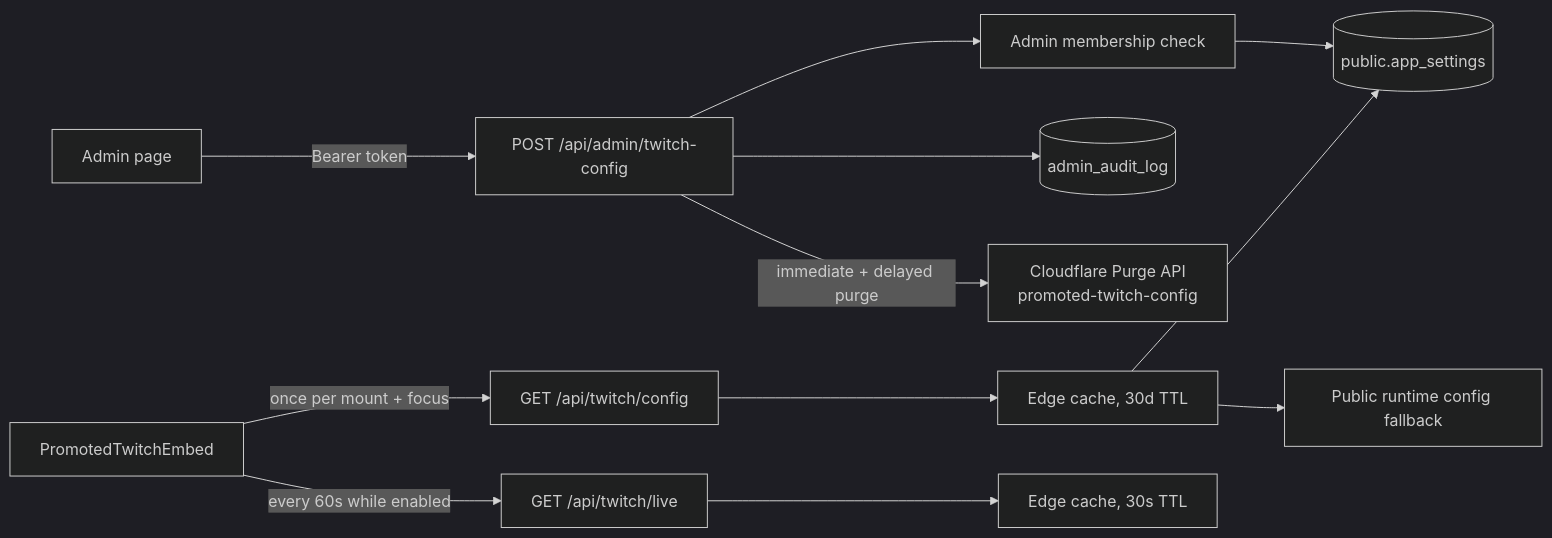
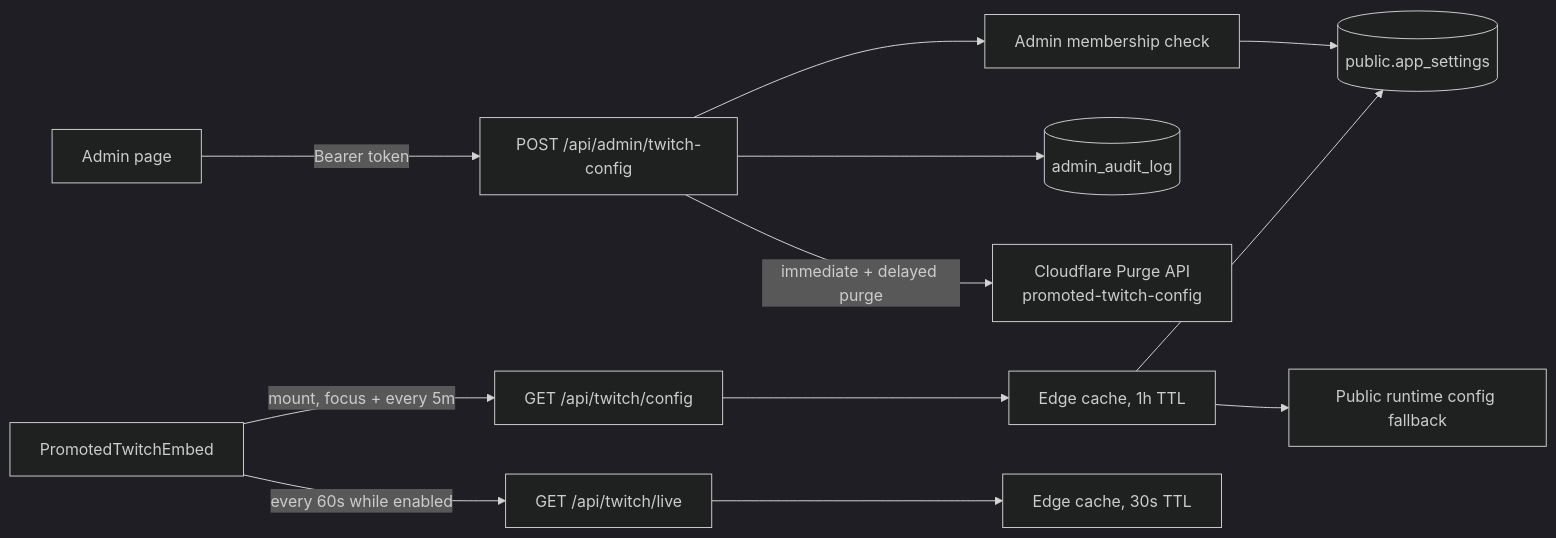
Before and after one commit to tarkovtracker-org/TarkovTracker: the ninth of 9 diagrams in docs/SYSTEMS.md, drawn with Mermaid (dark theme). The commit also changed other lines of this file and 8 other files, not shown here.

Commit message:
fix(admin): complete Twitch cache hardening

````diff
--- a/docs/SYSTEMS.md
+++ b/docs/SYSTEMS.md
@@ -882,14 +882,14 @@
 ```mermaid
 flowchart LR
     Admin[Admin page] -->|Bearer token| Write[POST /api/admin/twitch-config]
     Write --> Gate[Admin membership check]
     Gate --> Settings[(public.app_settings)]
     Write --> Audit[(admin_audit_log)]
     Write -->|immediate + delayed purge| Purge[Cloudflare Purge API<br/>promoted-twitch-config]
-    Embed[PromotedTwitchEmbed] -->|once per mount + focus| Read[GET /api/twitch/config]
-    Read --> Edge[Edge cache, 30d TTL]
+    Embed[PromotedTwitchEmbed] -->|mount, focus + every 5m| Read[GET /api/twitch/config]
+    Read --> Edge[Edge cache, 1h TTL]
     Edge --> Settings
     Edge --> Fallback[Public runtime config fallback]
     Embed -->|every 60s while enabled| Live[GET /api/twitch/live]
     Live --> LiveEdge[Edge cache, 30s TTL]
 ```
````
